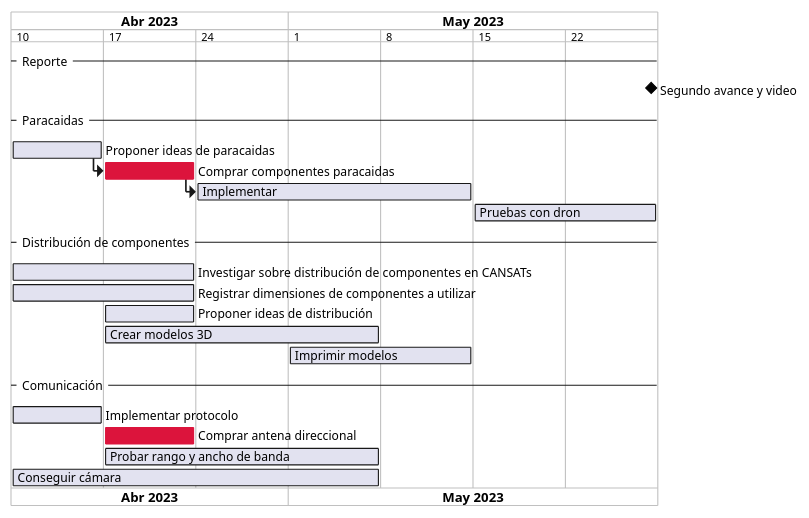
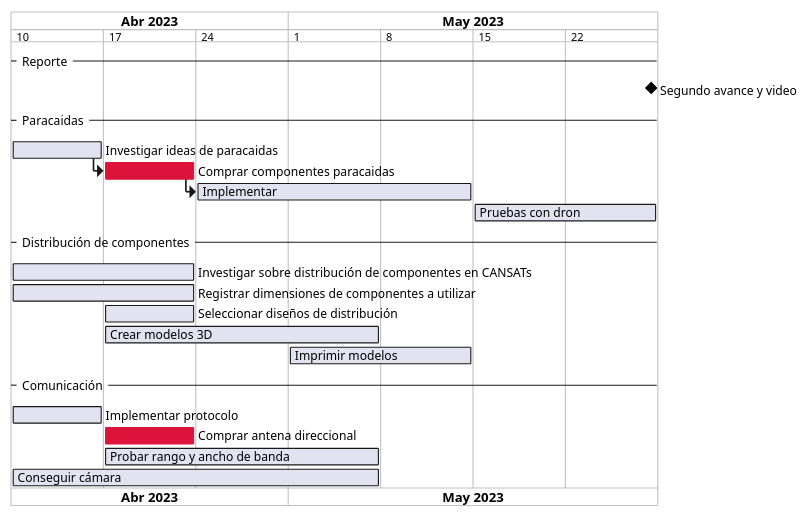
Before and after one commit to gisat-udec/pillan: the diagram in plan.iuml, drawn with PlantUML.

Commit message:
iteracion

```diff
--- a/plan.iuml
+++ b/plan.iuml
@@ -1,28 +1,27 @@
 @startgantt
 Project starts 2023-04-10
 language es
 printscale weekly with calendar date zoom 3
 
 -- Reporte --
 [Segundo avance y video] happens at 2023-05-28
 
 -- Paracaidas --
-[Proponer ideas de paracaidas] starts at D+0 and lasts 1 week
-[Comprar componentes paracaidas] starts at [Proponer ideas de paracaidas]'s end and lasts 1 week and is colored in crimson
+[Investigar ideas de paracaidas] starts at D+0 and lasts 1 week
+[Comprar componentes paracaidas] starts at [Investigar ideas de paracaidas]'s end and lasts 1 week and is colored in crimson
 [Implementar] starts at [Comprar componentes paracaidas]'s end and lasts 3 weeks
 [Pruebas con dron] starts at 2023-05-15 and lasts 2 weeks
 
 -- Distribución de componentes --
 [Investigar sobre distribución de componentes en CANSATs] starts at D+0 and lasts 2 week
 [Registrar dimensiones de componentes a utilizar] starts at D+0 and lasts 2 weeks
-[Proponer ideas de distribución] starts at D+7 and lasts 1 week
+[Seleccionar diseños de distribución] starts at D+7 and lasts 1 week
 [Crear modelos 3D] starts at D+7 and lasts 3 weeks
 [Imprimir modelos] starts at D+21 and lasts 2 week
 
 -- Comunicación --
 [Implementar protocolo] starts at D+0 and lasts 1 week
 [Comprar antena direccional] starts at D+7 and lasts 1 week and is colored in crimson
 [Probar rango y ancho de banda] starts at D+7 and lasts 3 weeks
 [Conseguir cámara] starts at D+0 and lasts 4 weeks
-
 @enduml
```
